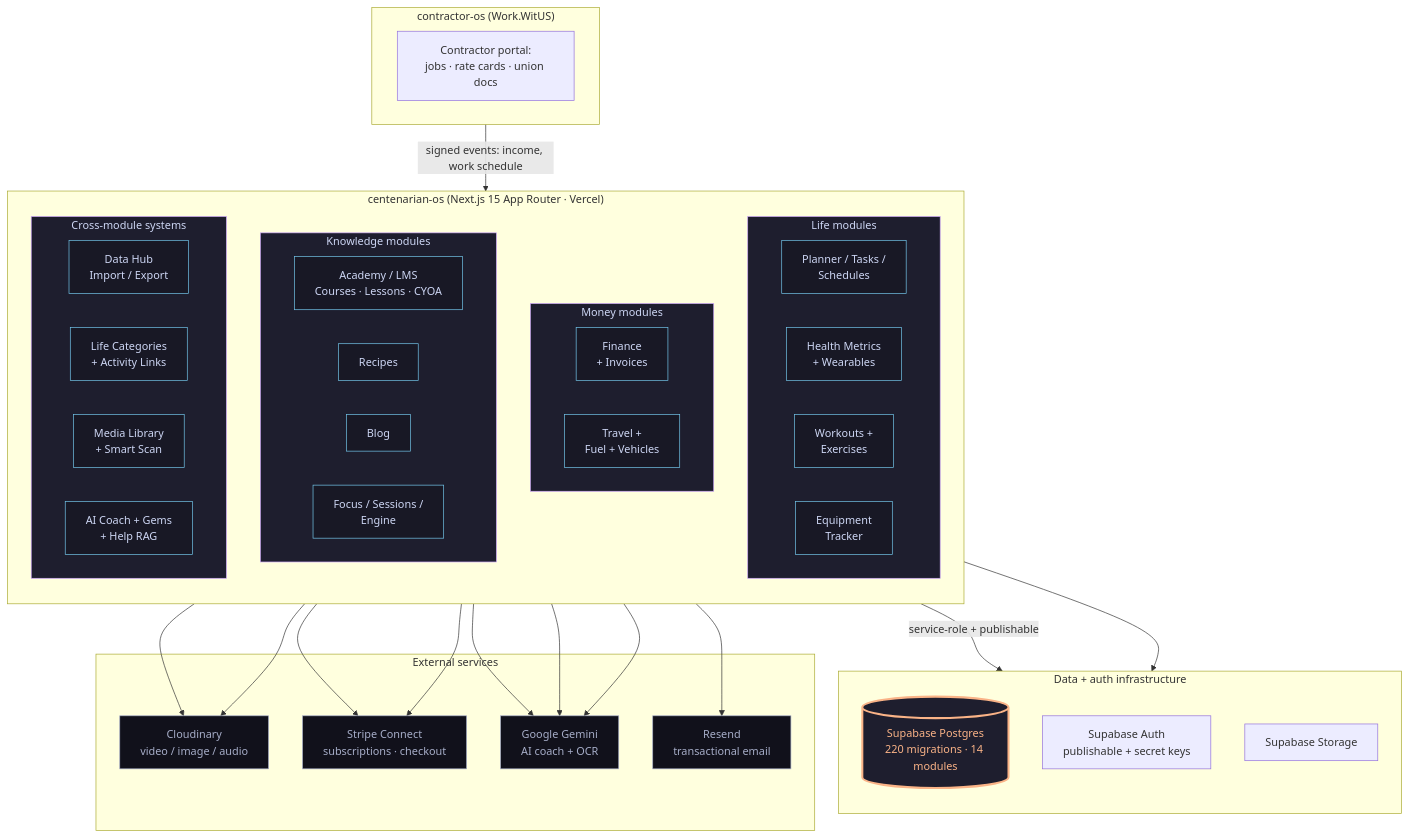
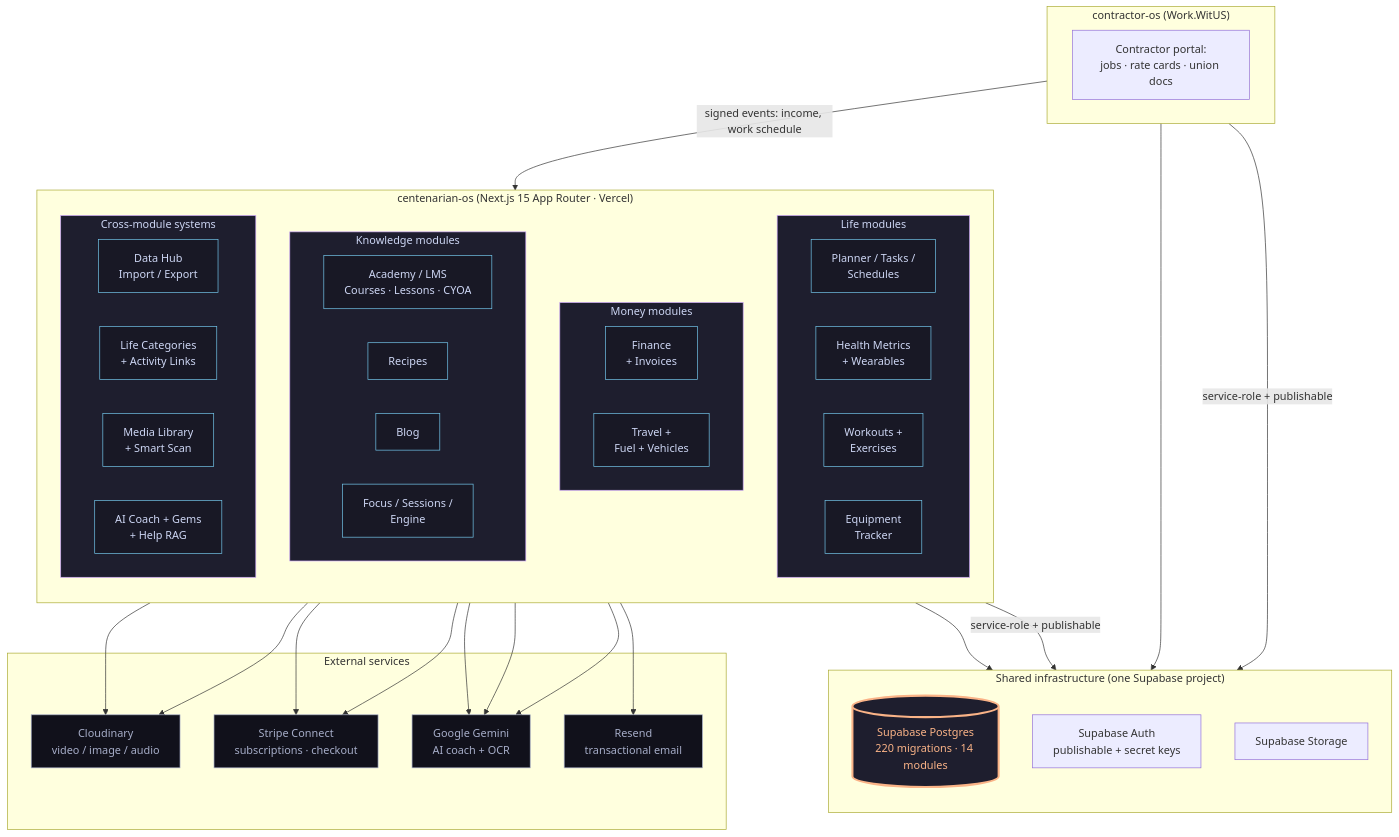
Before and after one commit to dapperAuteur/centenarian-os: the diagram in ARCHITECTURE.md, drawn with Mermaid. The commit also changed other lines of this file and 8 other files, not shown here.

````diff
--- a/ARCHITECTURE.md
+++ b/ARCHITECTURE.md
@@ -16,75 +14,77 @@
 ```mermaid
 flowchart TB
   classDef shell fill:#1e1e2e,stroke:#cba6f7,color:#cdd6f4
   classDef module fill:#181825,stroke:#74c7ec,color:#cdd6f4
   classDef shared fill:#1e1e2e,stroke:#fab387,color:#fab387,stroke-width:3px
   classDef external fill:#11111b,stroke:#a6adc8,color:#a6adc8
 
   subgraph CentOS["centenarian-os (Next.js 15 App Router · Vercel)"]
     direction TB
 
     subgraph Life["Life modules"]
       direction LR
       Planner[Planner / Tasks /<br/>Schedules]
       Health[Health Metrics<br/>+ Wearables]
       Workouts[Workouts +<br/>Exercises]
       Equipment[Equipment<br/>Tracker]
     end
 
     subgraph Money["Money modules"]
       direction LR
       Finance[Finance<br/>+ Invoices]
       Travel[Travel +<br/>Fuel + Vehicles]
     end
 
     subgraph Knowledge["Knowledge modules"]
       direction LR
       Academy[Academy / LMS<br/>Courses · Lessons · CYOA]
       Recipes[Recipes]
       Blog[Blog]
       Focus[Focus / Sessions /<br/>Engine]
     end
 
     subgraph Cross["Cross-module systems"]
       direction LR
       DataHub[Data Hub<br/>Import / Export]
       Categories[Life Categories<br/>+ Activity Links]
       MediaLib[Media Library<br/>+ Smart Scan]
       Coach[AI Coach + Gems<br/>+ Help RAG]
     end
   end
 
-  subgraph Shared["Data + auth infrastructure"]
+  subgraph Shared["Shared infrastructure (one Supabase project)"]
     direction TB
     Supabase[(Supabase Postgres<br/>220 migrations · 14 modules)]:::shared
     SupaAuth[Supabase Auth<br/>publishable + secret keys]
     SupaStorage[Supabase Storage]
   end
 
   subgraph Sibling["contractor-os (Work.WitUS)"]
     Contractor[Contractor portal:<br/>jobs · rate cards · union docs]
   end
 
   subgraph External["External services"]
     Cloudinary[Cloudinary<br/>video / image / audio]
     Stripe[Stripe Connect<br/>subscriptions · checkout]
     Gemini[Google Gemini<br/>AI coach + OCR]
     Resend[Resend<br/>transactional email]
   end
 
   CentOS -->|service-role + publishable| Supabase
+  Sibling -->|service-role + publishable| Supabase
   Sibling -->|signed events: income, work schedule| CentOS
   CentOS --> SupaAuth
+  Sibling --> SupaAuth
   CentOS --> Cloudinary
   CentOS --> Stripe
   CentOS --> Gemini
   CentOS --> Resend
   Coach --> Gemini
   MediaLib --> Cloudinary
   MediaLib --> Gemini
   Finance --> Stripe
 
   class Life,Money,Knowledge,Cross shell
   class Planner,Health,Workouts,Equipment,Finance,Travel,Academy,Recipes,Blog,Focus,DataHub,Categories,MediaLib,Coach module
   class Cloudinary,Stripe,Gemini,Resend external
 ```
````
